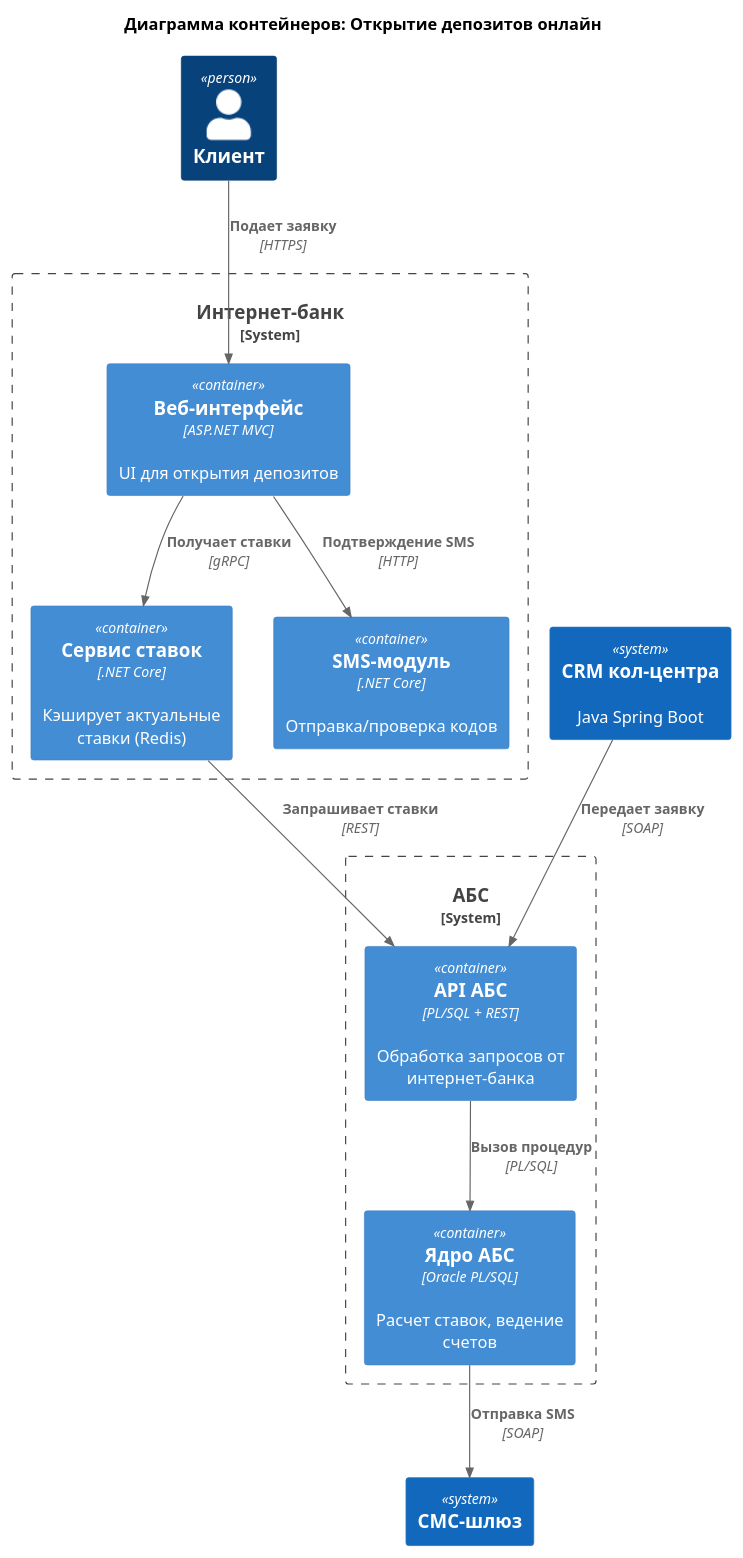
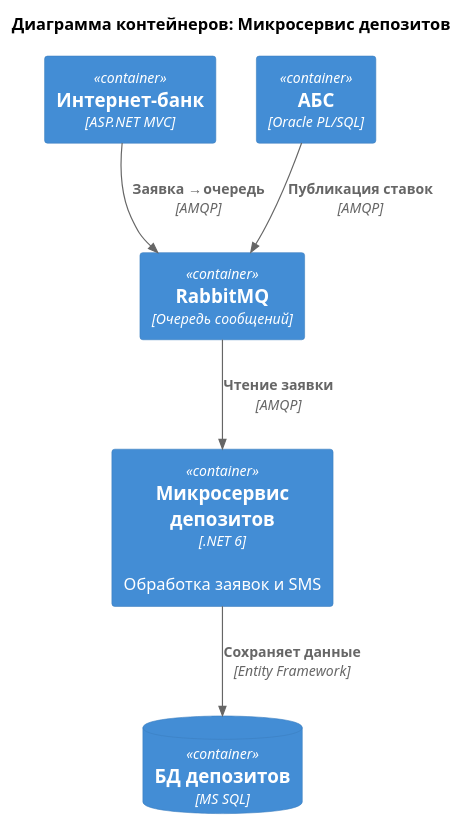
The diagram in Task3/Container_Diagram.puml (fireflysmk/architecture-sprint-9), drawn with PlantUML before and after one commit. The commit also changed 7 other files, not shown here.

```diff
--- a/Task3/Container_Diagram.puml
+++ b/Task3/Container_Diagram.puml
@@ -1,30 +1,16 @@
-@startuml Container_Diagram
+@startuml Container_Diagram_v2
 !include https://raw.githubusercontent.com/plantuml-stdlib/C4-PlantUML/master/C4_Container.puml
 
-title Диаграмма контейнеров: Открытие депозитов онлайн
+title Диаграмма контейнеров: Микросервис депозитов
 
-Person(клиент, "Клиент")
+Container(интернет_банк, "Интернет-банк", "ASP.NET MVC")
+Container(микросервис, "Микросервис депозитов", ".NET 6", "Обработка заявок и SMS")
+ContainerDb(бд_депозитов, "БД депозитов", "MS SQL")
+Container(абс, "АБС", "Oracle PL/SQL")
+Container(очередь, "RabbitMQ", "Очередь сообщений")
 
-System_Boundary(интернет_банк_boundary, "Интернет-банк") {
-    Container(веб_интерфейс, "Веб-интерфейс", "ASP.NET MVC", "UI для открытия депозитов")
-    Container(сервис_ставок, "Сервис ставок", ".NET Core", "Кэширует актуальные ставки (Redis)")
-    Container(sms_модуль, "SMS-модуль", ".NET Core", "Отправка/проверка кодов")
-}
-
-System_Boundary(абс_boundary, "АБС") {
-    Container(api_абс, "API АБС", "PL/SQL + REST", "Обработка запросов от интернет-банка")
-    Container(ядро_абс, "Ядро АБС", "Oracle PL/SQL", "Расчет ставок, ведение счетов")
-}
-
-System(кол_центр, "CRM кол-центра", "Java Spring Boot")
-System(смс_шлюз, "СМС-шлюз")
-
-Rel(клиент, веб_интерфейс, "Подает заявку", "HTTPS")
-Rel(веб_интерфейс, сервис_ставок, "Получает ставки", "gRPC")
-Rel(веб_интерфейс, sms_модуль, "Подтверждение SMS", "HTTP")
-Rel(сервис_ставок, api_абс, "Запрашивает ставки", "REST")
-Rel(api_абс, ядро_абс, "Вызов процедур", "PL/SQL")
-Rel(ядро_абс, смс_шлюз, "Отправка SMS", "SOAP")
-Rel(кол_центр, api_абс, "Передает заявку", "SOAP")
-
+Rel(интернет_банк, очередь, "Заявка → очередь", "AMQP")
+Rel(очередь, микросервис, "Чтение заявки", "AMQP")
+Rel(микросервис, бд_депозитов, "Сохраняет данные", "Entity Framework")
+Rel(абс, очередь, "Публикация ставок", "AMQP")
 @enduml
```
